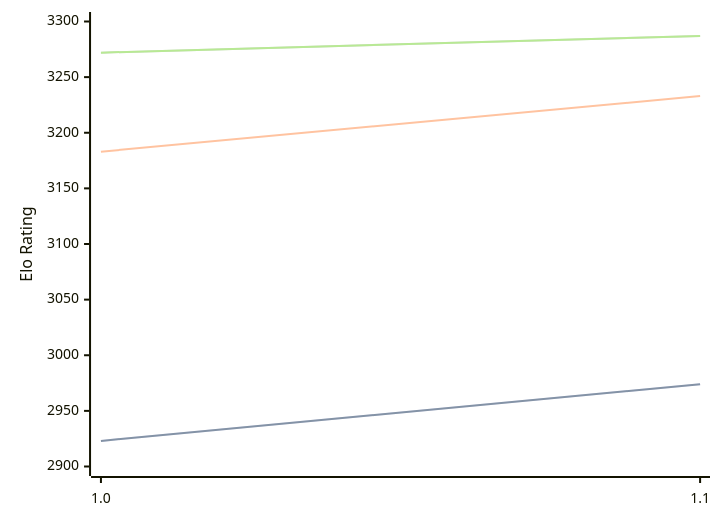
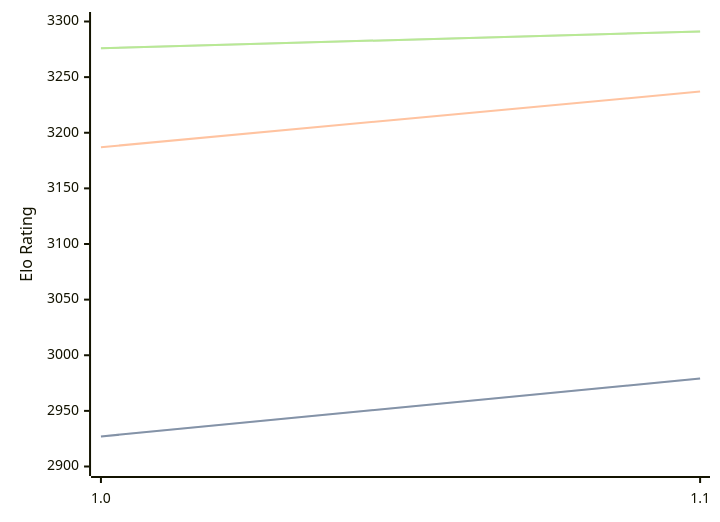
The diagram in engines/RodentV.md (computer-chess-index/cci), drawn with Mermaid before and after one commit. The commit also changed other lines of this file, not shown here.

Commit message:
Update CCI Ratings (ELO VLTC) - 2026-08-18

````diff
--- a/engines/RodentV.md
+++ b/engines/RodentV.md
@@ -32,11 +32,11 @@
 ```mermaid
 %%{init: {"theme":"base","themeVariables":{"seriesColors:['#a3a3a3','#222221','#faa371']}}}%%
 xychart-beta
   x-axis ["1.0", "1.1"]
   y-axis "Elo Rating" 2900 --> 3300
-  line "STC (8.0+0.08s)" [2923, 2974]
-  line "STC (8.0+0.08s)" [2923, 2974]
-  line "LTC (60.0+0.60s)" [3183, 3233]
-  line "VLTC (2m24s+1.12s)" [3272, 3287]
-  line "VLTC (2m24s+1.12s)" [3272, 3287]
+  line "STC (8.0+0.08s)" [2927, 2979]
+  line "STC (8.0+0.08s)" [2927, 2979]
+  line "LTC (60.0+0.60s)" [3187, 3237]
+  line "VLTC (2m24s+1.12s)" [3276, 3291]
+  line "VLTC (2m24s+1.12s)" [3276, 3291]
 ```
````
